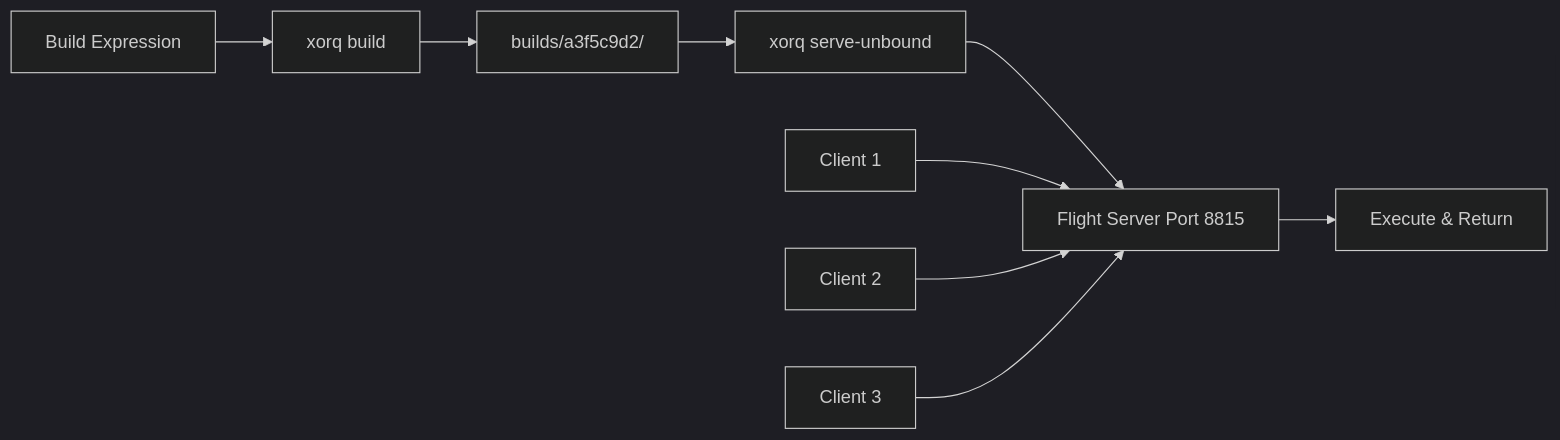
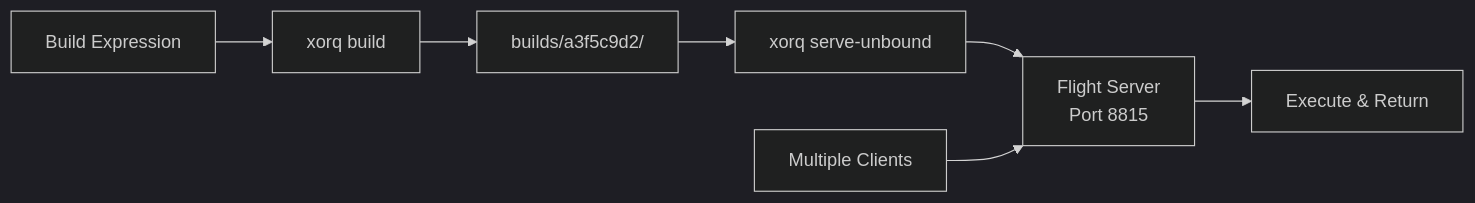
The second of 2 diagrams in docs/concepts/advanced_capabilities/serving_expressions_as_endpoints.qmd (xorq-labs/xorq), drawn with Mermaid (dark theme) before and after one commit. The commit also changed other lines of this file and 20 other files, not shown here.

Commit message:
docs: Refine concept pages, restructure index, improve diagrams, and ensure responsive design

````diff
--- a/docs/concepts/advanced_capabilities/serving_expressions_as_endpoints.qmd
+++ b/docs/concepts/advanced_capabilities/serving_expressions_as_endpoints.qmd
@@ -77,11 +78,10 @@
 ```{mermaid}
+%%| eval: true
 graph LR
     A[Build Expression] --> B[xorq build]
     B --> C[builds/a3f5c9d2/]
     C --> D[xorq serve-unbound]
-    D --> E[Flight Server Port 8815]
-    F[Client 1] --> E
-    G[Client 2] --> E
-    H[Client 3] --> E
-    E --> I[Execute & Return]
+    D --> E[Flight Server<br/>Port 8815]
+    F[Multiple Clients] --> E
+    E --> G[Execute & Return]
 ```
````
